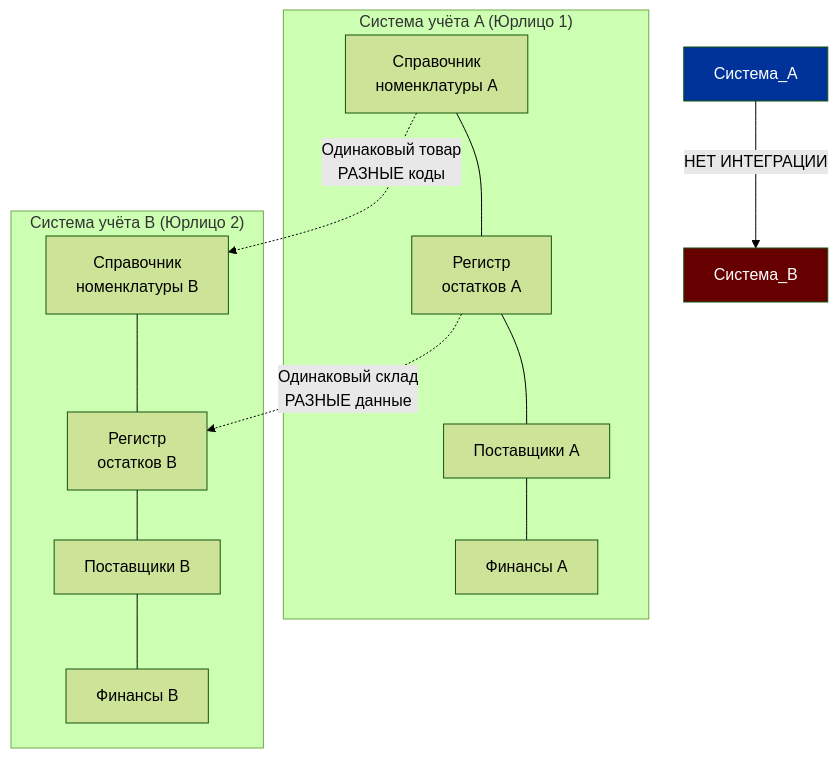
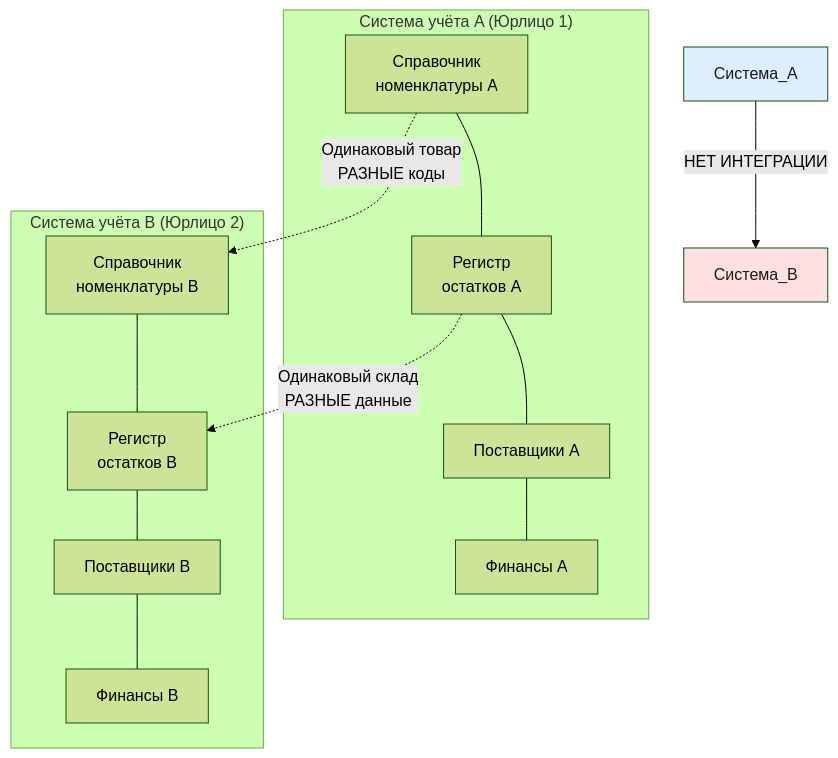
One commit to murad1986/1c-erp-quartz changed the first of 11 diagrams in content/1c-erp/week_7/Неделя 7 - День 7 - История Delivery Club.md. Above: the diagram before and after it, drawn with Mermaid (forest theme). The commit also changed other lines of this file and 57 other files, not shown here.

First line of the commit message:
fix: Mermaid — пастельные цвета в источниках диаграмм (56 файлов)

````diff
--- a/content/1c-erp/week_7/Неделя 7 - День 7 - История Delivery Club.md
+++ b/content/1c-erp/week_7/Неделя 7 - День 7 - История Delivery Club.md
@@ -67,29 +67,29 @@
 ```mermaid
 graph TD
     subgraph Система A ["Система учёта A (Юрлицо 1)"]
         A1[Справочник<br/>номенклатуры A]
         A2[Регистр<br/>остатков A]
         A3[Поставщики A]
         A4[Финансы A]
         A1 --- A2
         A2 --- A3
         A3 --- A4
     end
 
     subgraph Система B ["Система учёта B (Юрлицо 2)"]
         B1[Справочник<br/>номенклатуры B]
         B2[Регистр<br/>остатков B]
         B3[Поставщики B]
         B4[Финансы B]
         B1 --- B2
         B2 --- B3
         B3 --- B4
     end
 
     Система_A -->|НЕТ ИНТЕГРАЦИИ| Система_B
     A1 -.->|Одинаковый товар<br/>РАЗНЫЕ коды| B1
     A2 -.->|Одинаковый склад<br/>РАЗНЫЕ данные| B2
 
-    style Система_A fill:#003399,color:#fff
-    style Система_B fill:#660000,color:#fff
+    style Система_A fill:#dceeff,color:#1a1a1a
+    style Система_B fill:#ffe0e0,color:#1a1a1a
 ```
````
